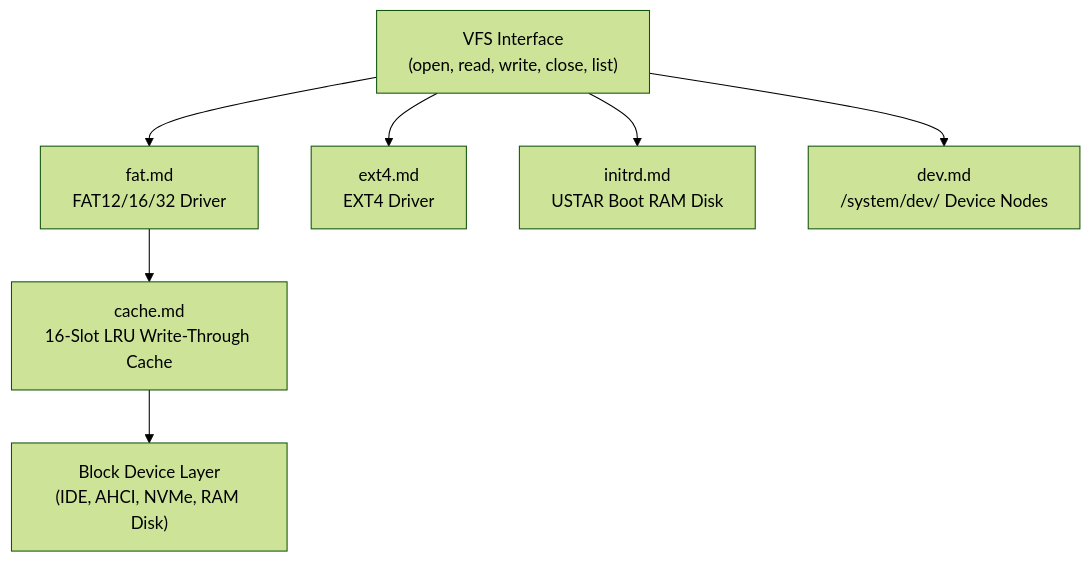
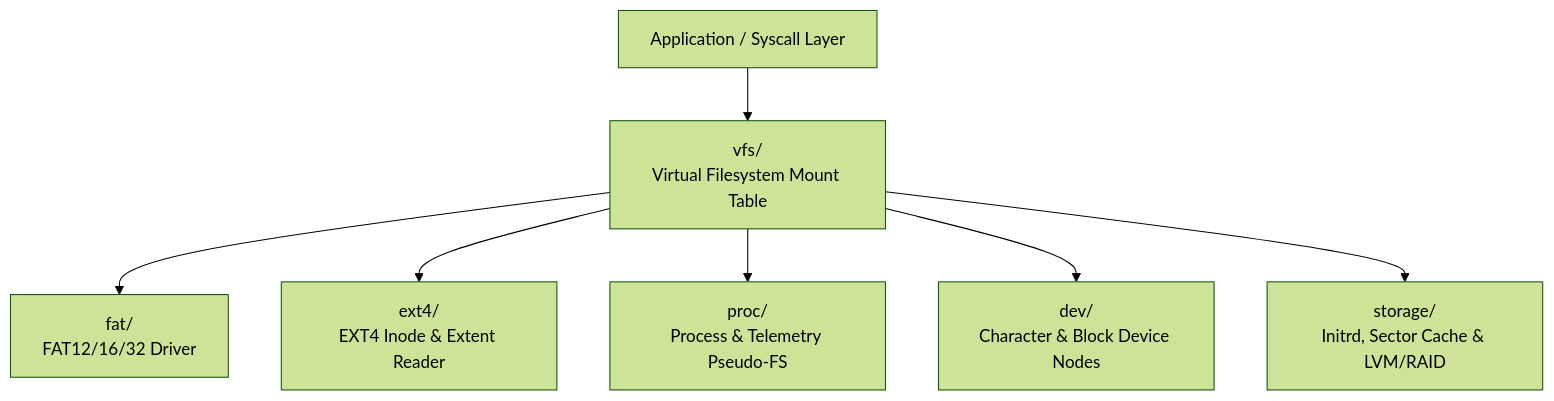
One commit to mrvlous/keira changed the diagram in docs/fs/README.md. Above: the diagram before and after it, drawn with Mermaid (forest theme). The commit also changed other lines of this file and 31 other files, not shown here.

Commit message:
docs(fs): modularize virtual filesystem, fat, ext4, proc and storage documentation

````diff
--- a/docs/fs/README.md
+++ b/docs/fs/README.md
@@ -11,9 +11,9 @@
 ```mermaid
 graph TD
-    VFS["VFS Interface<br/>(open, read, write, close, list)"] --> FAT["fat.md<br/>FAT12/16/32 Driver"]
-    VFS --> EXT4["ext4.md<br/>EXT4 Driver"]
-    VFS --> Initrd["initrd.md<br/>USTAR Boot RAM Disk"]
-    VFS --> Dev["dev.md<br/>/system/dev/ Device Nodes"]
-    FAT --> Cache["cache.md<br/>16-Slot LRU Write-Through Cache"]
-    Cache --> BlockDev["Block Device Layer<br/>(IDE, AHCI, NVMe, RAM Disk)"]
+    App["Application / Syscall Layer"] --> VFS["vfs/<br/>Virtual Filesystem Mount Table"]
+    VFS --> FAT["fat/<br/>FAT12/16/32 Driver"]
+    VFS --> EXT4["ext4/<br/>EXT4 Inode & Extent Reader"]
+    VFS --> Proc["proc/<br/>Process & Telemetry Pseudo-FS"]
+    VFS --> Dev["dev/<br/>Character & Block Device Nodes"]
+    VFS --> Storage["storage/<br/>Initrd, Sector Cache & LVM/RAID"]
 ```
````
